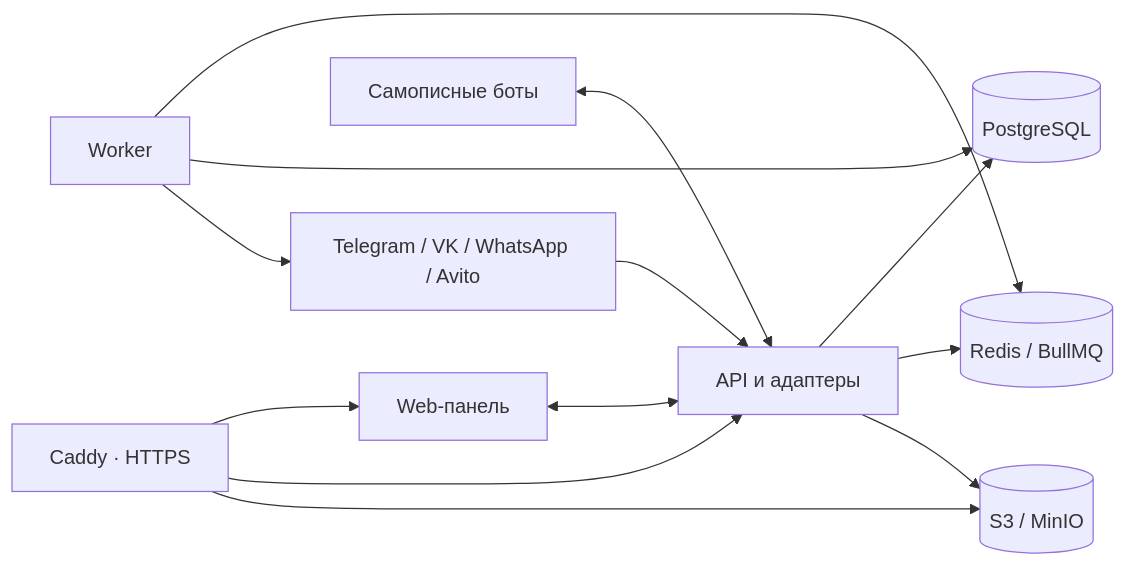
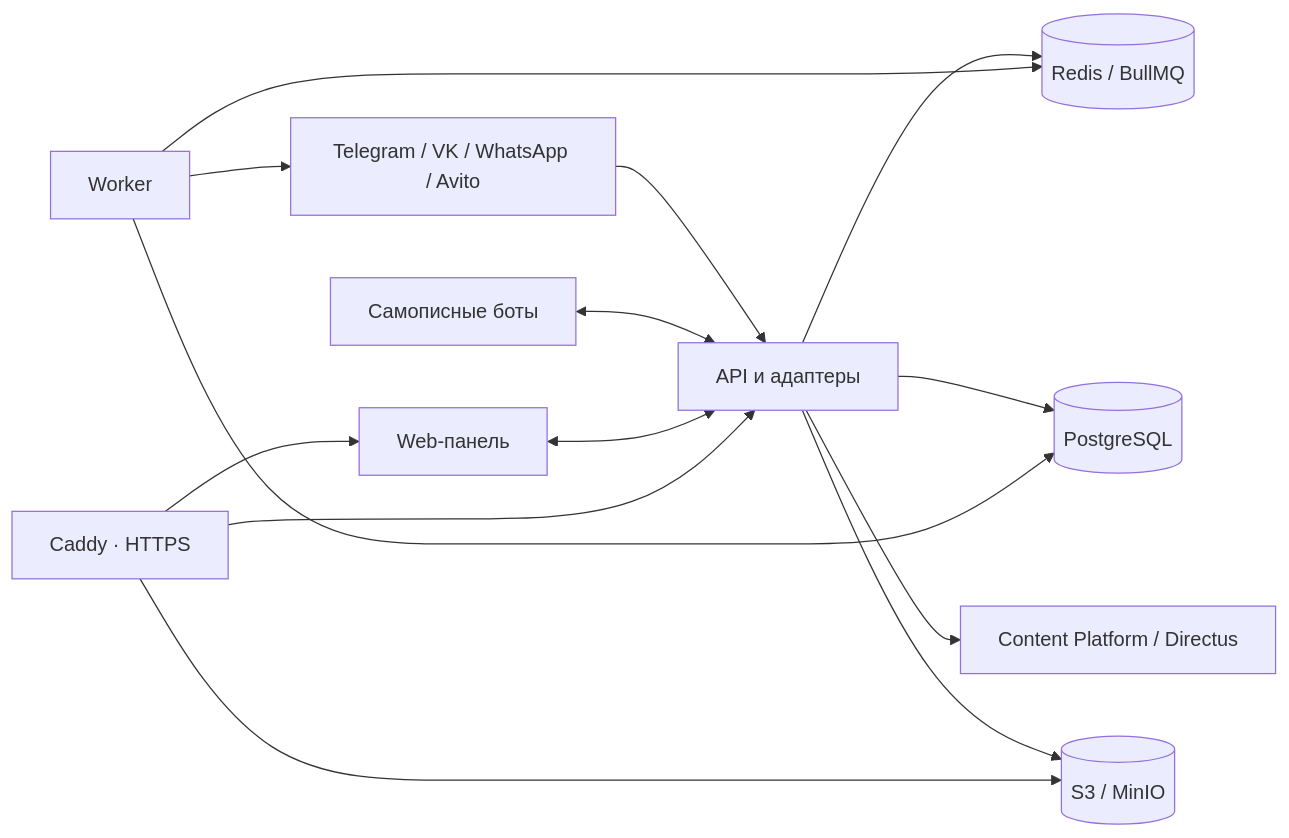
The diagram in README.md (Evgenykravchenko/botcrm), drawn with Mermaid before and after one commit. The commit also changed other lines of this file and 3 other files, not shown here.

````diff
--- a/README.md
+++ b/README.md
@@ -66,15 +67,16 @@
 ```mermaid
 flowchart LR
     Channels["Telegram / VK / WhatsApp / Avito"] --> API["API и адаптеры"]
     Bots["Самописные боты"] <--> API
     Web["Web-панель"] <--> API
+    API --> Content["Content Platform / Directus"]
     API --> DB[("PostgreSQL")]
     API --> Redis[("Redis / BullMQ")]
     Worker["Worker"] --> Redis
     Worker --> DB
     API --> S3[("S3 / MinIO")]
     Worker --> Channels
     Caddy["Caddy · HTTPS"] --> Web
     Caddy --> API
     Caddy --> S3
 ```
````
